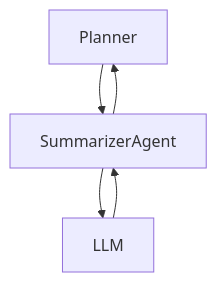
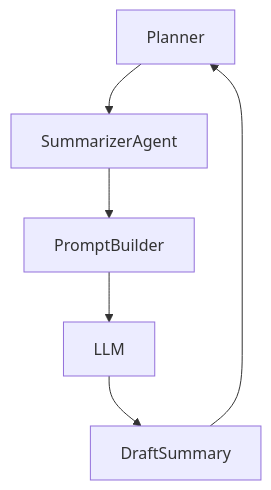
Before and after one commit to aisamai63/COMP248-AI-MATH-gp: the fourth of 9 diagrams in design/README_design.md, drawn with Mermaid. The commit also changed other lines of this file and 2 other files, not shown here.

Commit message:
Fixed hierarchy/workflow/ER/UML diagram rendering in GitHub preview

````diff
--- a/design/README_design.md
+++ b/design/README_design.md
@@ -168,7 +70,8 @@
 ```mermaid
 flowchart TD
   Planner --> SummarizerAgent
-  SummarizerAgent --> LLM
-  LLM --> SummarizerAgent
-  SummarizerAgent --> Planner
+  SummarizerAgent --> PromptBuilder
+  PromptBuilder --> LLM
+  LLM --> DraftSummary
+  DraftSummary --> Planner
 ```
````
